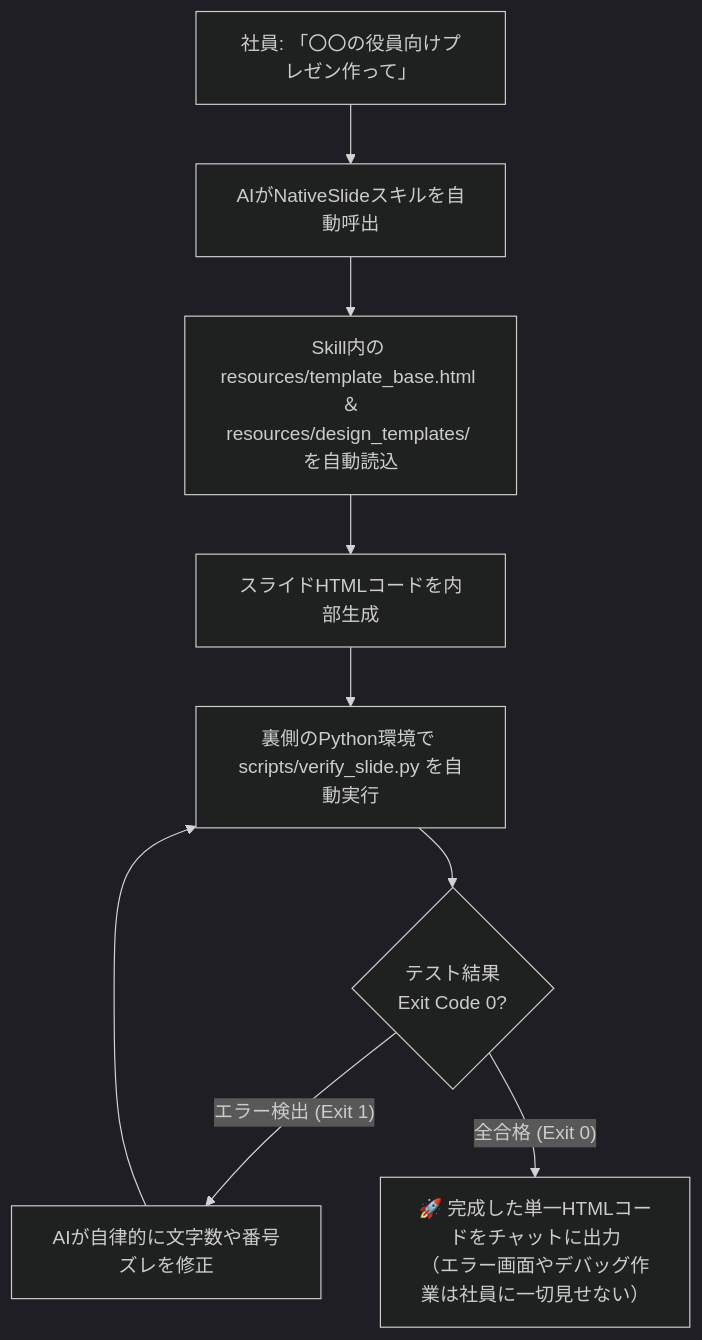
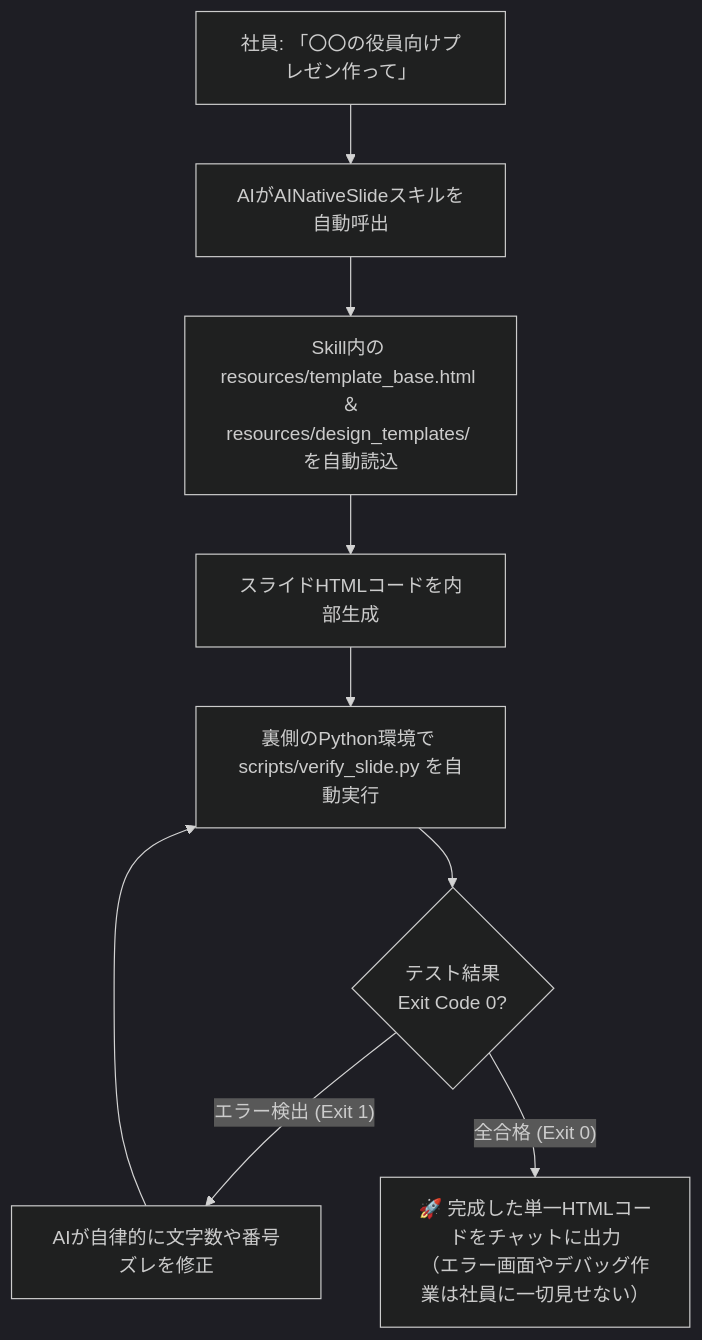
Before and after one commit to XitakSE/AINativeSlide: the diagram in README.md, drawn with Mermaid (dark theme). The commit also changed other lines of this file and 9 other files, not shown here.

````diff
--- a/README.md
+++ b/README.md
@@ -220,11 +220,11 @@
 ```mermaid
 flowchart TD
-    A[社員: 「〇〇の役員向けプレゼン作って」] --> B[AIがNativeSlideスキルを自動呼出]
+    A[社員: 「〇〇の役員向けプレゼン作って」] --> B[AIがAINativeSlideスキルを自動呼出]
     B --> C[Skill内の resources/template_base.html ＆<br/>resources/design_templates/ を自動読込]
     C --> D[スライドHTMLコードを内部生成]
     D --> E[裏側のPython環境で scripts/verify_slide.py を自動実行]
     E --> F{テスト結果<br/>Exit Code 0?}
     F -- エラー検出 (Exit 1) --> G[AIが自律的に文字数や番号ズレを修正]
     G --> E
     F -- 全合格 (Exit 0) --> H[🚀 完成した単一HTMLコードをチャットに出力<br/>（エラー画面やデバッグ作業は社員に一切見せない）]
 ```
````
